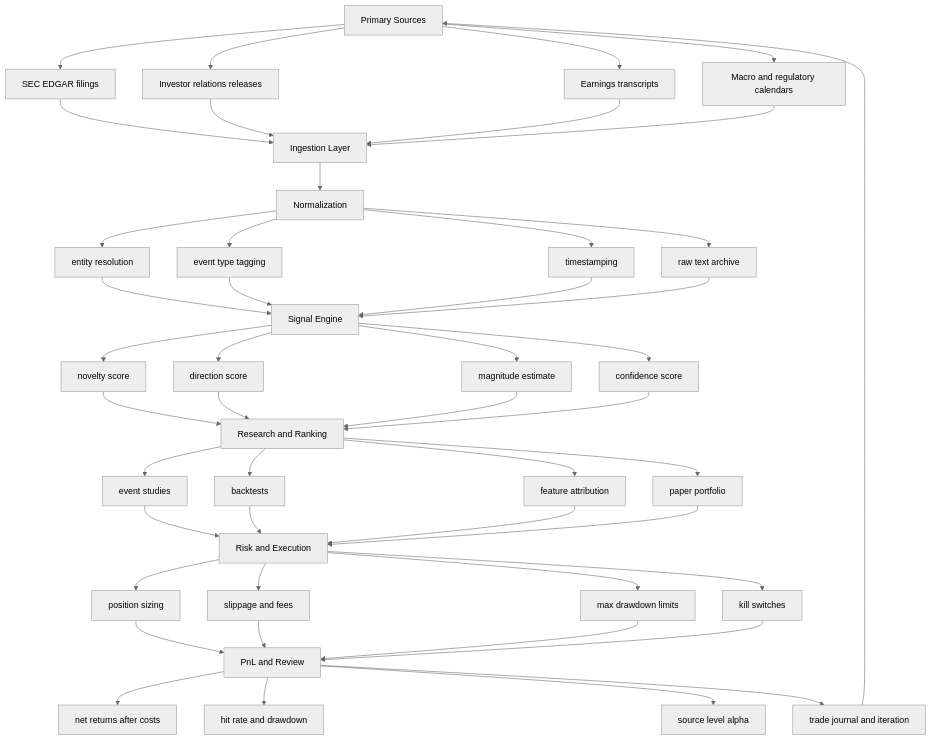
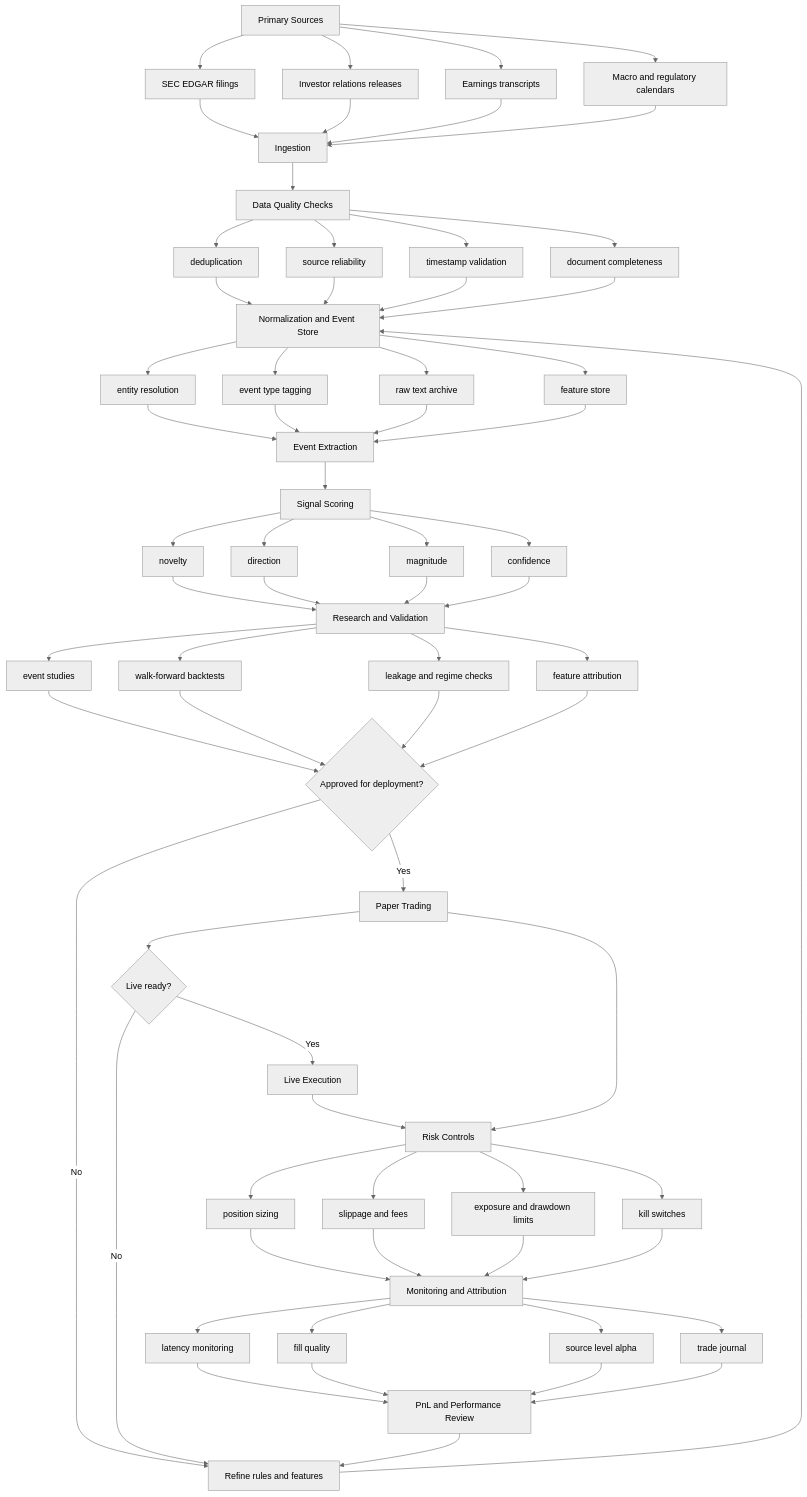
Before and after one commit to SignalLedger/SignalLedger: the diagram in docs/workflow.mmd, drawn with Mermaid (neutral theme).

Commit message:
Refine workflow diagram for research and deployment

```diff
--- a/docs/workflow.mmd
+++ b/docs/workflow.mmd
@@ -1,58 +1,85 @@
 flowchart TD
     A[Primary Sources] --> A1[SEC EDGAR filings]
     A --> A2[Investor relations releases]
     A --> A3[Earnings transcripts]
     A --> A4[Macro and regulatory calendars]
 
-    A1 --> B[Ingestion Layer]
+    A1 --> B[Ingestion]
     A2 --> B
     A3 --> B
     A4 --> B
 
-    B --> C[Normalization]
-    C --> C1[entity resolution]
-    C --> C2[event type tagging]
-    C --> C3[timestamping]
-    C --> C4[raw text archive]
+    B --> C[Data Quality Checks]
+    C --> C1[deduplication]
+    C --> C2[source reliability]
+    C --> C3[timestamp validation]
+    C --> C4[document completeness]
 
-    C1 --> D[Signal Engine]
+    C1 --> D[Normalization and Event Store]
     C2 --> D
     C3 --> D
     C4 --> D
 
-    D --> D1[novelty score]
-    D --> D2[direction score]
-    D --> D3[magnitude estimate]
-    D --> D4[confidence score]
+    D --> D1[entity resolution]
+    D --> D2[event type tagging]
+    D --> D3[raw text archive]
+    D --> D4[feature store]
 
-    D1 --> E[Research and Ranking]
+    D1 --> E[Event Extraction]
     D2 --> E
     D3 --> E
     D4 --> E
 
-    E --> E1[event studies]
-    E --> E2[backtests]
-    E --> E3[feature attribution]
-    E --> E4[paper portfolio]
+    E --> F[Signal Scoring]
+    F --> F1[novelty]
+    F --> F2[direction]
+    F --> F3[magnitude]
+    F --> F4[confidence]
 
-    E1 --> F[Risk and Execution]
-    E2 --> F
-    E3 --> F
-    E4 --> F
-
-    F --> F1[position sizing]
-    F --> F2[slippage and fees]
-    F --> F3[max drawdown limits]
-    F --> F4[kill switches]
-
-    F1 --> G[PnL and Review]
+    F1 --> G[Research and Validation]
     F2 --> G
     F3 --> G
     F4 --> G
 
-    G --> G1[net returns after costs]
-    G --> G2[hit rate and drawdown]
-    G --> G3[source level alpha]
-    G --> G4[trade journal and iteration]
+    G --> G1[event studies]
+    G --> G2[walk-forward backtests]
+    G --> G3[leakage and regime checks]
+    G --> G4[feature attribution]
 
-    G4 --> A
+    G1 --> H{Approved for deployment?}
+    G2 --> H
+    G3 --> H
+    G4 --> H
+
+    H -->|No| I[Refine rules and features]
+    I --> D
+
+    H -->|Yes| J[Paper Trading]
+    J --> K{Live ready?}
+    K -->|No| I
+    K -->|Yes| L[Live Execution]
+
+    J --> M[Risk Controls]
+    L --> M
+
+    M --> M1[position sizing]
+    M --> M2[slippage and fees]
+    M --> M3[exposure and drawdown limits]
+    M --> M4[kill switches]
+
+    M1 --> N[Monitoring and Attribution]
+    M2 --> N
+    M3 --> N
+    M4 --> N
+
+    N --> N1[latency monitoring]
+    N --> N2[fill quality]
+    N --> N3[source level alpha]
+    N --> N4[trade journal]
+
+    N1 --> O[PnL and Performance Review]
+    N2 --> O
+    N3 --> O
+    N4 --> O
+
+    O --> I
```
